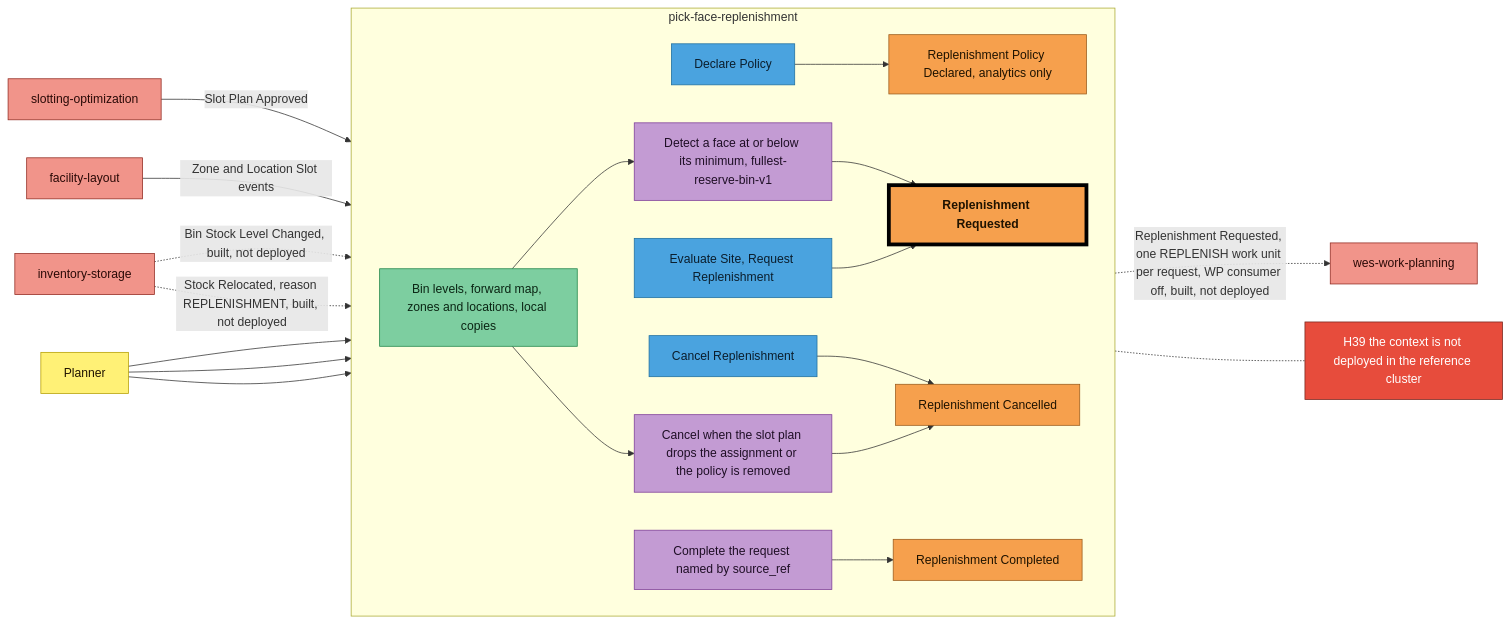
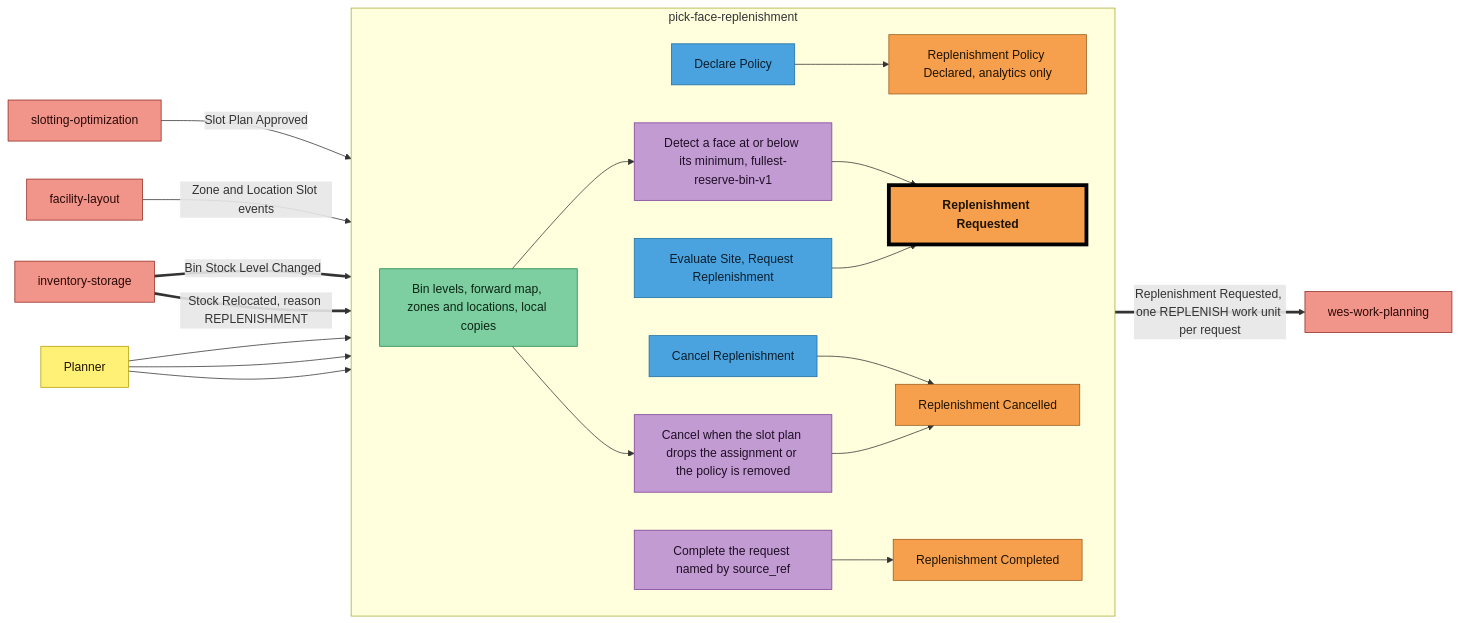
The fifth of 10 diagrams in docs/strategic-design/eventstorming-big-picture.md (IQVO/warehouse-docs), drawn with Mermaid before and after one commit. The commit also changed other lines of this file and 2 other files, not shown here.

First line of the commit message:
docs(strategic-design): event standard, message flows, event storming follow the deployed state

````diff
--- a/docs/strategic-design/eventstorming-big-picture.md
+++ b/docs/strategic-design/eventstorming-big-picture.md
@@ -436,46 +434,44 @@
 ```mermaid
 flowchart LR
     RPL["Planner"]:::actor
     INVX["inventory-storage"]:::external
     SLOX["slotting-optimization"]:::external
     LAYX["facility-layout"]:::external
     WPX["wes-work-planning"]:::external
     subgraph S_PFR["pick-face-replenishment"]
         direction LR
         R4["Bin levels, forward map, zones and locations, local copies"]:::readmodel
         C7["Declare Policy"]:::command
         E15["Replenishment Policy Declared, analytics only"]:::event
         P4["Detect a face at or below its minimum, fullest-reserve-bin-v1"]:::policy
         C8["Evaluate Site, Request Replenishment"]:::command
         E16["Replenishment Requested"]:::pivotal
         C9["Cancel Replenishment"]:::command
         P5["Cancel when the slot plan drops the assignment or the policy is removed"]:::policy
         E17["Replenishment Cancelled"]:::event
         P6["Complete the request named by source_ref"]:::policy
         E18["Replenishment Completed"]:::event
     end
 
-    INVX -.->|"Bin Stock Level Changed, built, not deployed"| R4
+    INVX ==>|"Bin Stock Level Changed"| R4
     SLOX -->|"Slot Plan Approved"| R4
     LAYX -->|"Zone and Location Slot events"| R4
     RPL --> C7 --> E15
     R4 --> P4 --> E16
     RPL --> C8 --> E16
     RPL --> C9 --> E17
     R4 --> P5 --> E17
-    INVX -.->|"Stock Relocated, reason REPLENISHMENT, built, not deployed"| P6
+    INVX ==>|"Stock Relocated, reason REPLENISHMENT"| P6
     P6 --> E18
-    E16 -.->|"Replenishment Requested, one REPLENISH work unit per request, WP consumer off, built, not deployed"| WPX
+    E16 ==>|"Replenishment Requested, one REPLENISH work unit per request"| WPX
 
-    H39["H39 the context is not deployed in the reference cluster"]:::hotspot
-    S_PFR -.- H39
 
     classDef actor fill:#fff176,stroke:#b59f00,color:#1f1300
     classDef command fill:#4aa3df,stroke:#1f6f9f,color:#0b1e2d
     classDef event fill:#f6a04d,stroke:#9a5b1c,color:#1f1300
     classDef pivotal fill:#f6a04d,stroke:#000000,stroke-width:5px,color:#1f1300,font-weight:bold
     classDef policy fill:#c39bd3,stroke:#7d3c98,color:#1f0f26
     classDef readmodel fill:#7dcea0,stroke:#1e8449,color:#0b2614
     classDef external fill:#f1948a,stroke:#922b21,color:#2b0a07
     classDef hotspot fill:#e74c3c,stroke:#78281f,color:#ffffff
 ```
````
